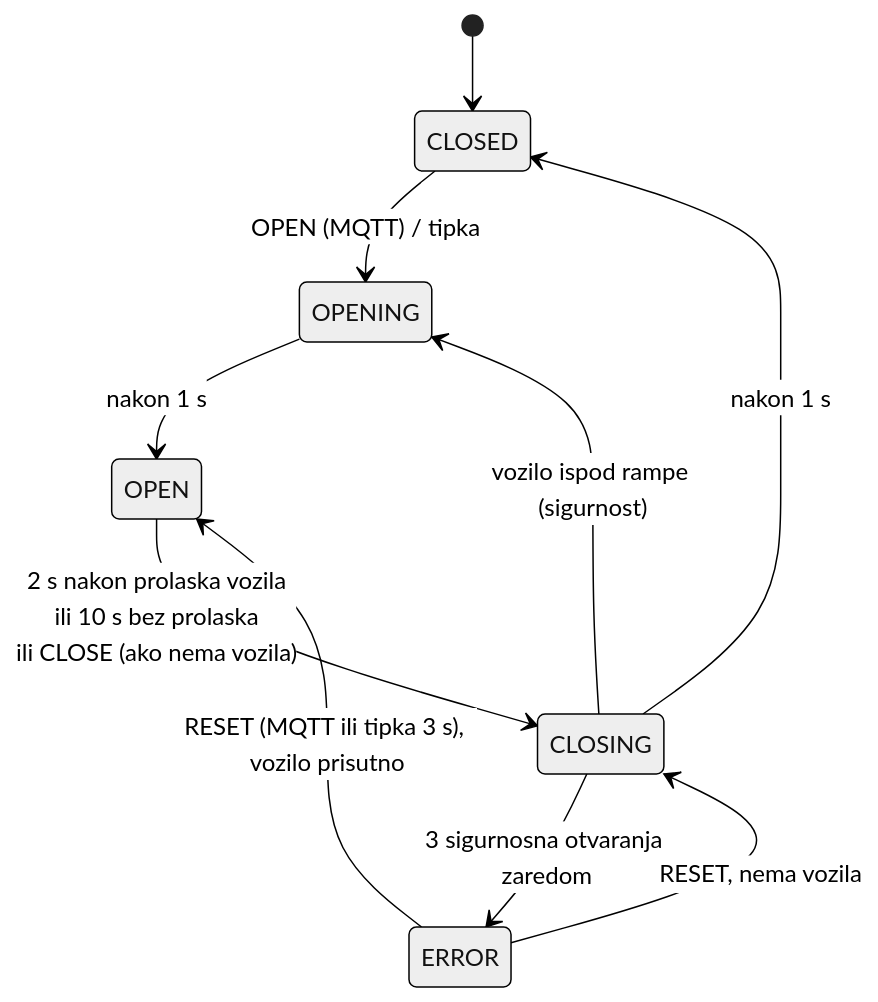
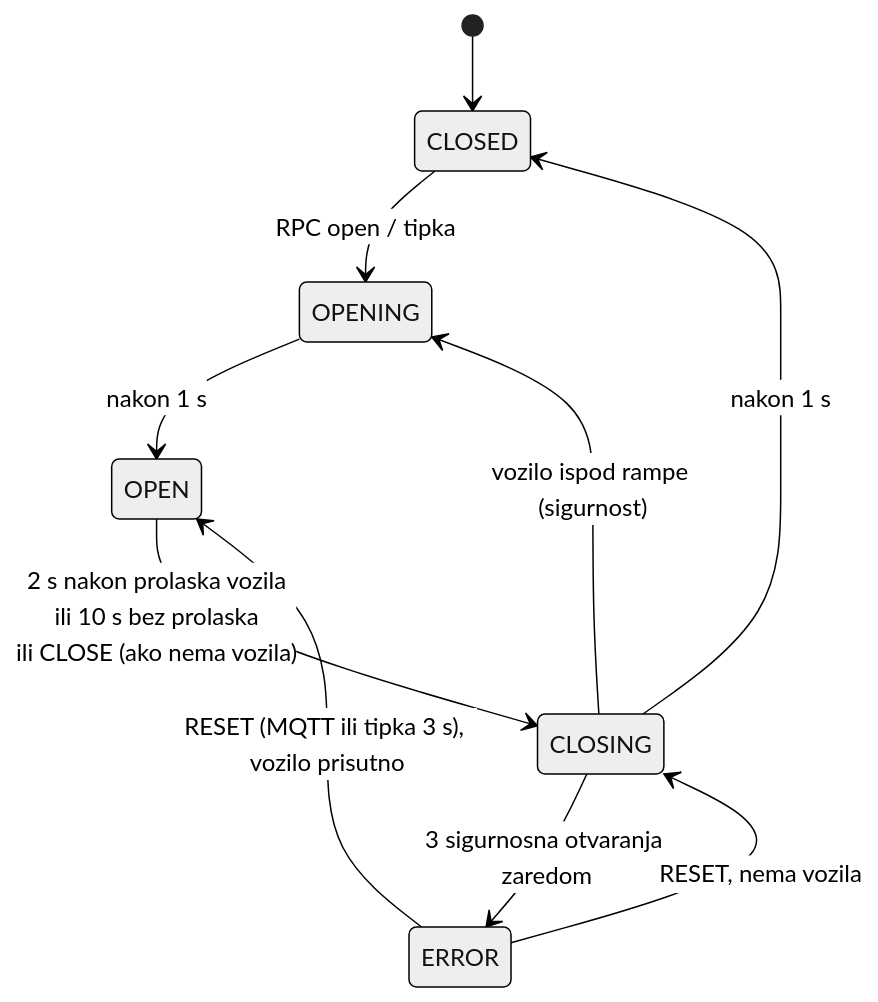
Before and after one commit to iampaviic/IoTGarage: the diagram in SOFTWARE/rampe/README.md, drawn with Mermaid (neutral theme). The commit also changed other lines of this file and 37 other files, not shown here.

First line of the commit message:
Docs: switch the project to varijanta B; sensor node sequence diagrams

````diff
--- a/SOFTWARE/rampe/README.md
+++ b/SOFTWARE/rampe/README.md
@@ -23,12 +23,12 @@
 ```mermaid
 stateDiagram-v2
   [*] --> CLOSED
-  CLOSED --> OPENING: OPEN (MQTT) / tipka
+  CLOSED --> OPENING: RPC open / tipka
   OPENING --> OPEN: nakon 1 s
   OPEN --> CLOSING: 2 s nakon prolaska vozila<br/>ili 10 s bez prolaska<br/>ili CLOSE (ako nema vozila)
   CLOSING --> CLOSED: nakon 1 s
   CLOSING --> OPENING: vozilo ispod rampe (sigurnost)
   CLOSING --> ERROR: 3 sigurnosna otvaranja zaredom
   ERROR --> OPEN: RESET (MQTT ili tipka 3 s), vozilo prisutno
   ERROR --> CLOSING: RESET, nema vozila
 ```
````
